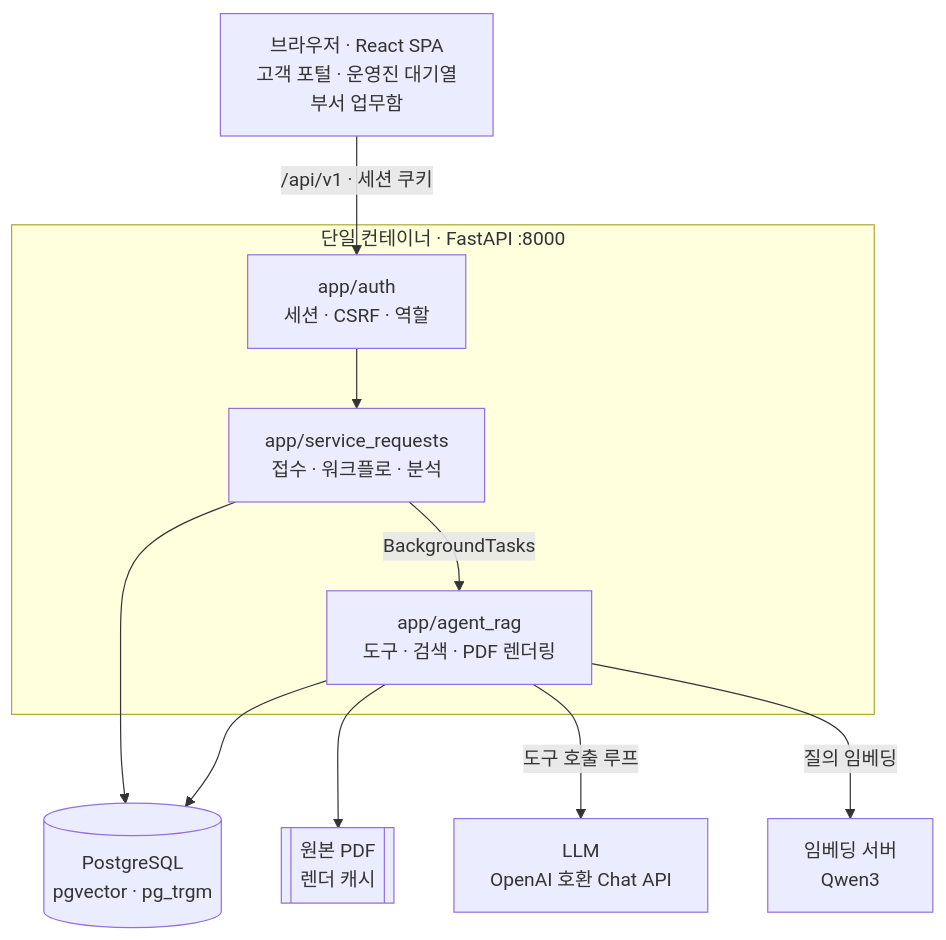
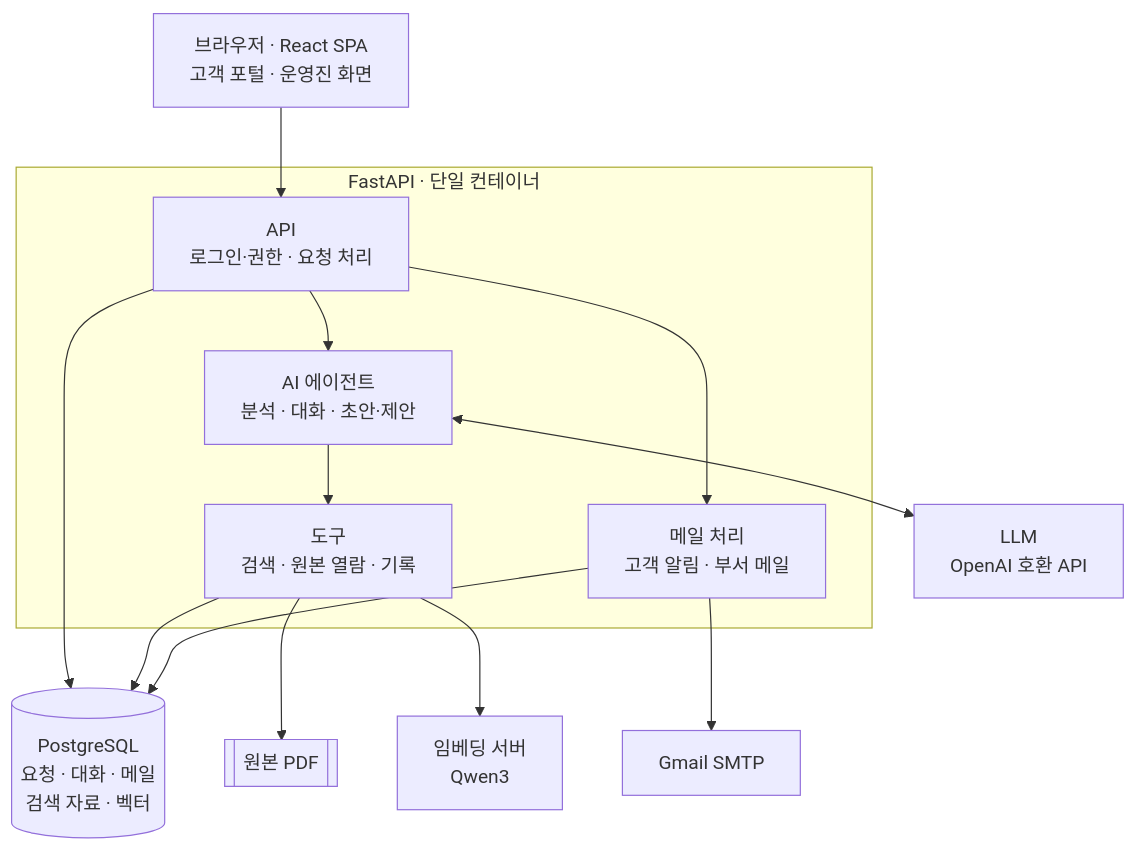
The second of 6 diagrams in README.md (lgd12345/M2-1_codyssey_Final_Project), drawn with Mermaid before and after one commit. The commit also changed other lines of this file and 37 other files, not shown here.

````diff
--- a/README.md
+++ b/README.md
@@ -99,21 +89,25 @@
 ```mermaid
 flowchart TD
-    B["브라우저 · React SPA<br/>고객 포털 · 운영진 대기열<br/>부서 업무함"]
-    subgraph APP["단일 컨테이너 · FastAPI :8000"]
-        AUTH["app/auth<br/>세션 · CSRF · 역할"]
-        SR["app/service_requests<br/>접수 · 워크플로 · 분석"]
-        RAG["app/agent_rag<br/>도구 · 검색 · PDF 렌더링"]
+    B["브라우저 · React SPA<br/>고객 포털 · 운영진 화면"] --> API
+    subgraph APP["FastAPI · 단일 컨테이너"]
+        API["API<br/>로그인·권한 · 요청 처리"]
+        AG["AI 에이전트<br/>분석 · 대화 · 초안·제안"]
+        T["도구<br/>검색 · 원본 열람 · 기록"]
+        MAIL["메일 처리<br/>고객 알림 · 부서 메일"]
+        API --> AG
+        AG --> T
+        API --> MAIL
     end
-    DB[("PostgreSQL<br/>pgvector · pg_trgm")]
-    PDF[["원본 PDF<br/>렌더 캐시"]]
-    LLM["LLM<br/>OpenAI 호환 Chat API"]
+    DB[("PostgreSQL<br/>요청 · 대화 · 메일<br/>검색 자료 · 벡터")]
+    PDF[["원본 PDF"]]
+    LLM["LLM<br/>OpenAI 호환 API"]
     EMB["임베딩 서버<br/>Qwen3"]
-    B -->|"/api/v1 · 세션 쿠키"| AUTH
-    AUTH --> SR
-    SR -->|"BackgroundTasks"| RAG
-    SR --> DB
-    RAG --> DB
-    RAG --> PDF
-    RAG -->|"도구 호출 루프"| LLM
-    RAG -->|"질의 임베딩"| EMB
+    SMTP["Gmail SMTP"]
+    API --> DB
+    T --> DB
+    T --> PDF
+    T --> EMB
+    AG <--> LLM
+    MAIL --> DB
+    MAIL --> SMTP
 ```
````
